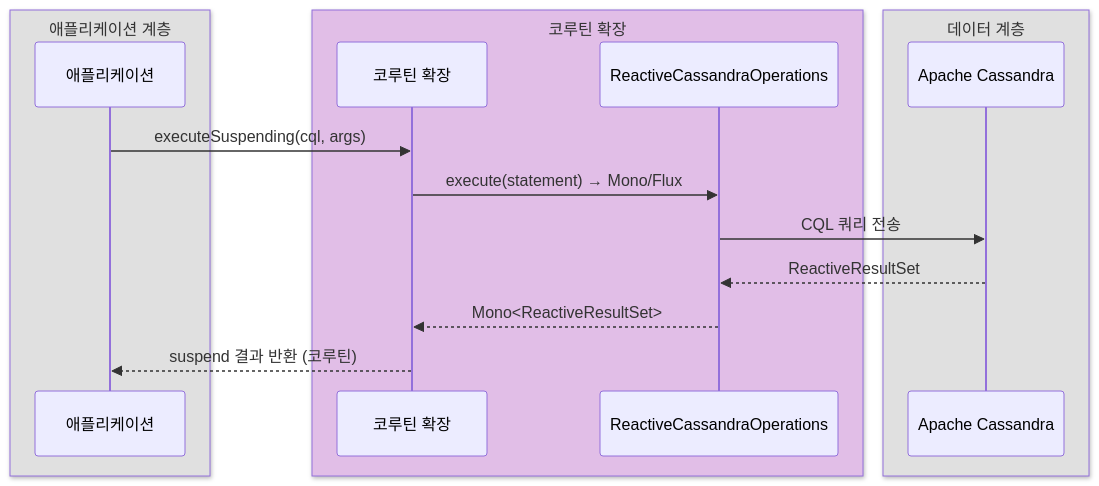
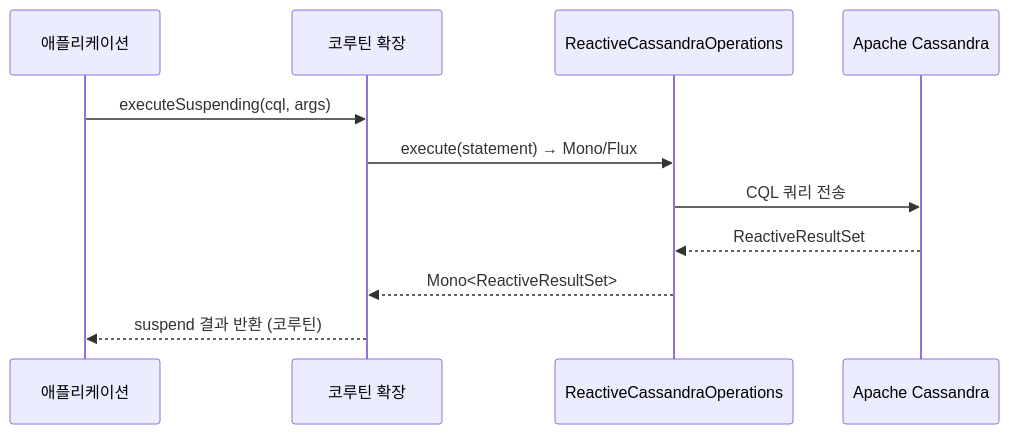
Before and after one commit to bluetape4k/bluetape4k-projects: the third of 3 diagrams in spring-boot3/cassandra/README.ko.md, drawn with Mermaid. The commit also changed other lines of this file and 219 other files, not shown here.

First line of the commit message:
docs: 전체 README Mermaid 다이어그램 가이드 적용

````diff
--- a/spring-boot3/cassandra/README.ko.md
+++ b/spring-boot3/cassandra/README.ko.md
@@ -117,20 +117,14 @@
 ```mermaid
 sequenceDiagram
-    box rgb(224,224,224) 애플리케이션 계층
         participant App as 애플리케이션
-    end
-    box rgb(225,190,231) 코루틴 확장
         participant Ext as 코루틴 확장
         participant Ops as ReactiveCassandraOperations
-    end
-    box rgb(224,224,224) 데이터 계층
         participant DB as Apache Cassandra
-    end
 
     App->>Ext: executeSuspending(cql, args)
     Ext->>Ops: execute(statement) → Mono/Flux
     Ops->>DB: CQL 쿼리 전송
     DB-->>Ops: ReactiveResultSet
     Ops-->>Ext: Mono<ReactiveResultSet>
     Ext-->>App: suspend 결과 반환 (코루틴)
 ```
````
